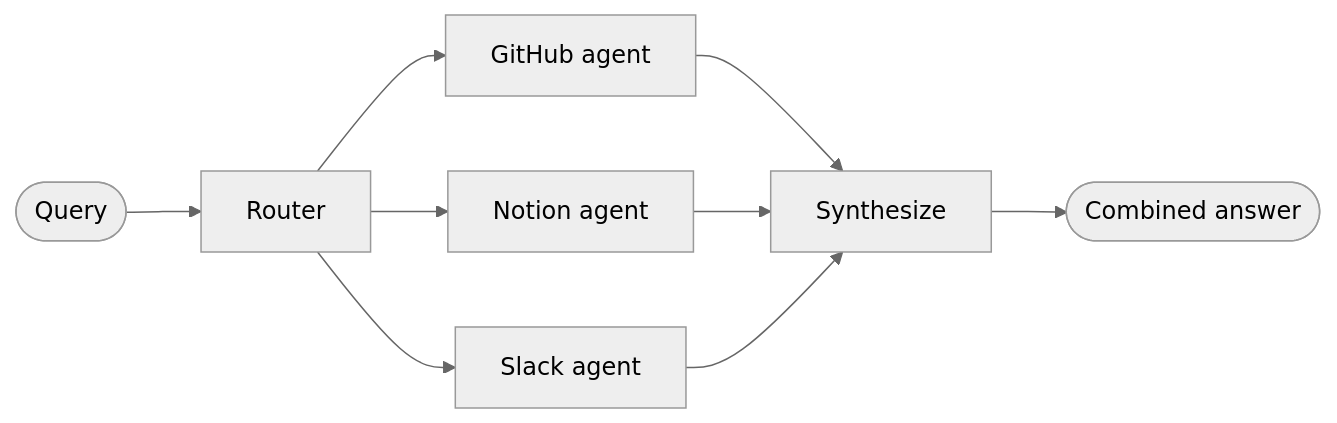
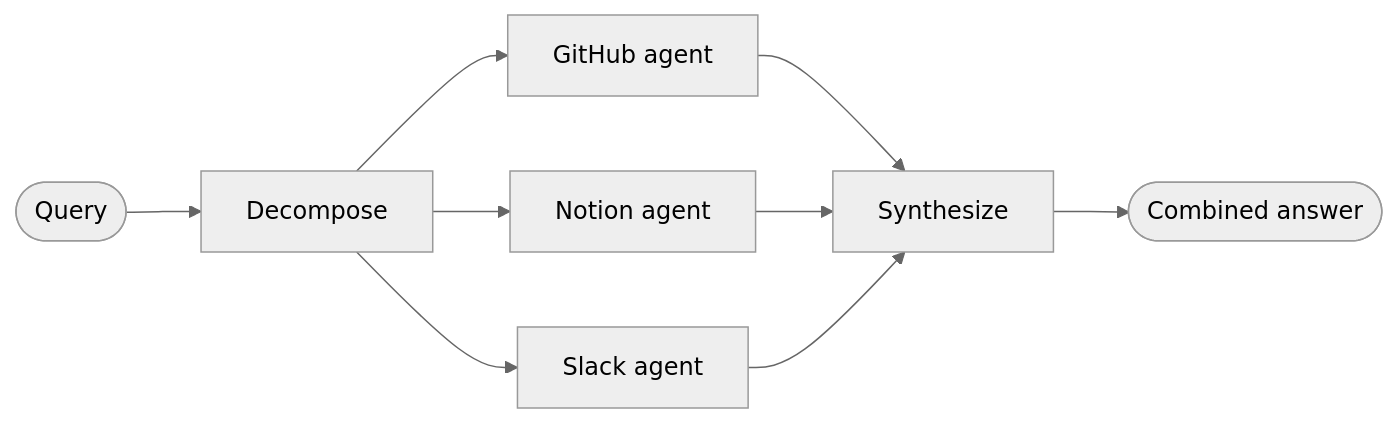
One commit to langchain-ai/docs changed the diagram in src/oss/langchain/knowledge-base-router.mdx. Above: the diagram before and after it, drawn with Mermaid (neutral theme). The commit also changed other lines of this file and 5 other files, not shown here.

````diff
--- a/src/oss/langchain/knowledge-base-router.mdx
+++ b/src/oss/langchain/knowledge-base-router.mdx
@@ -21,11 +21,11 @@
 ```mermaid
 graph LR
-    A([Query]) --> B[Router]
+    A([Query]) --> B[Decompose]
     B --> C[GitHub agent]
     B --> D[Notion agent]
     B --> E[Slack agent]
     C --> F[Synthesize]
     D --> F
     E --> F
     F --> G([Combined answer])
 ```
````
